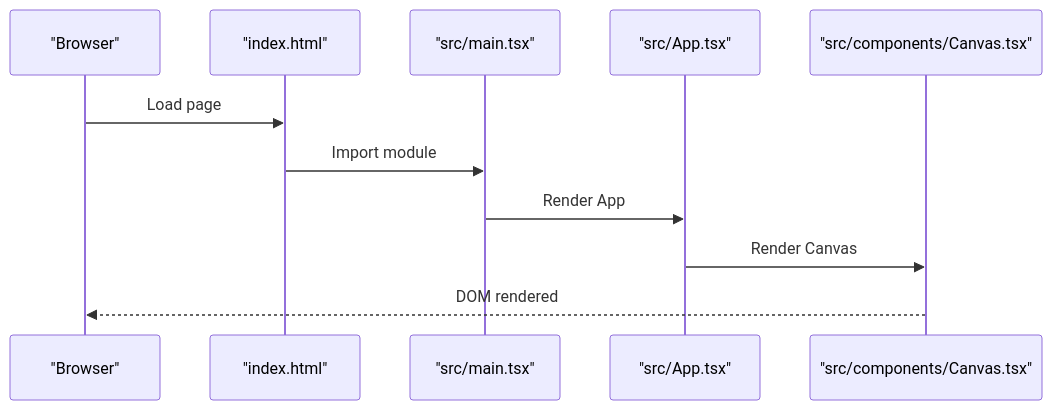
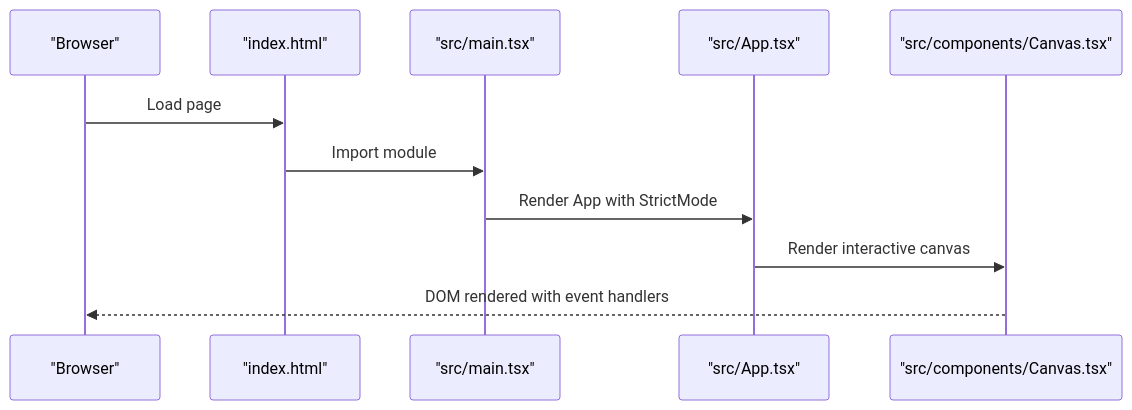
One commit to Anna0314zy/ai_editor_enginer changed the fifth of 8 diagrams in .qoder/repowiki/en/content/Build and Development.md. Above: the diagram before and after it, drawn with Mermaid. The commit also changed other lines of this file and 41 other files, not shown here.

````diff
--- a/.qoder/repowiki/en/content/Build and Development.md
+++ b/.qoder/repowiki/en/content/Build and Development.md
@@ -269,13 +209,13 @@
 ```mermaid
 sequenceDiagram
 participant Browser as "Browser"
 participant HTML as "index.html"
 participant Main as "src/main.tsx"
 participant App as "src/App.tsx"
 participant Canvas as "src/components/Canvas.tsx"
 Browser->>HTML : Load page
 HTML->>Main : Import module
-Main->>App : Render App
-App->>Canvas : Render Canvas
-Canvas-->>Browser : DOM rendered
+Main->>App : Render App with StrictMode
+App->>Canvas : Render interactive canvas
+Canvas-->>Browser : DOM rendered with event handlers
 ```
````
